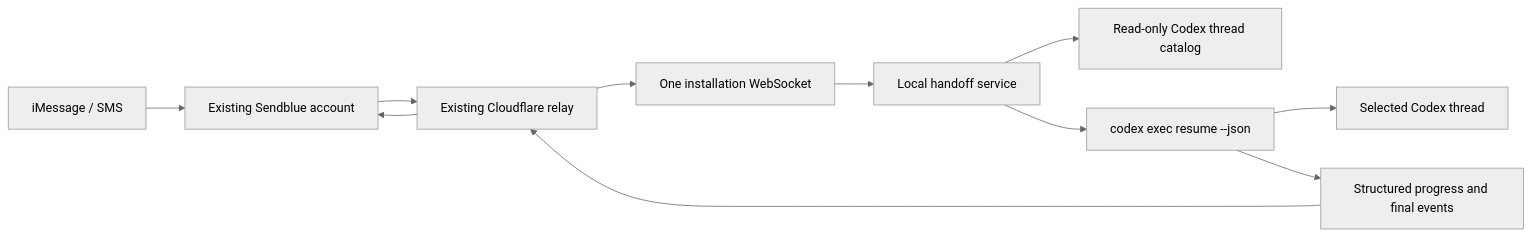
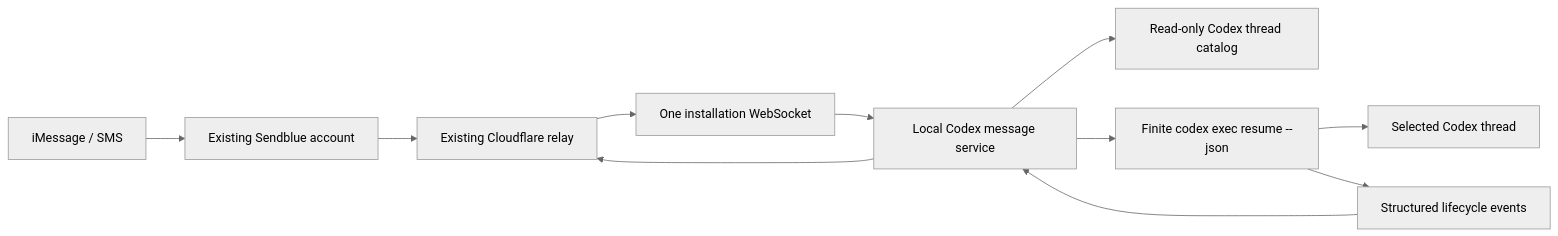
The second of 2 diagrams in docs/PERSISTENT_SERVICE_PLAN.md (alextyang/codex-imessage-handoff), drawn with Mermaid (neutral theme) before and after one commit. The commit also changed other lines of this file, not shown here.

Commit message:
docs: redesign iMessage service interactions

````diff
--- a/docs/PERSISTENT_SERVICE_PLAN.md
+++ b/docs/PERSISTENT_SERVICE_PLAN.md
@@ -47,13 +304,13 @@
 ```mermaid
 flowchart LR
     Phone["iMessage / SMS"] --> Sendblue["Existing Sendblue account"]
     Sendblue --> Relay["Existing Cloudflare relay"]
     Relay --> Socket["One installation WebSocket"]
-    Socket --> Daemon["Local handoff service"]
-    Daemon --> Catalog["Read-only Codex thread catalog"]
-    Daemon --> Resume["codex exec resume --json"]
+    Socket --> Service["Local Codex message service"]
+    Service --> Catalog["Read-only Codex thread catalog"]
+    Service --> Resume["Finite codex exec resume --json"]
     Resume --> Thread["Selected Codex thread"]
-    Resume --> Events["Structured progress and final events"]
-    Events --> Relay
-    Relay --> Sendblue
+    Resume --> Events["Structured lifecycle events"]
+    Events --> Service
+    Service --> Relay
 ```
````
